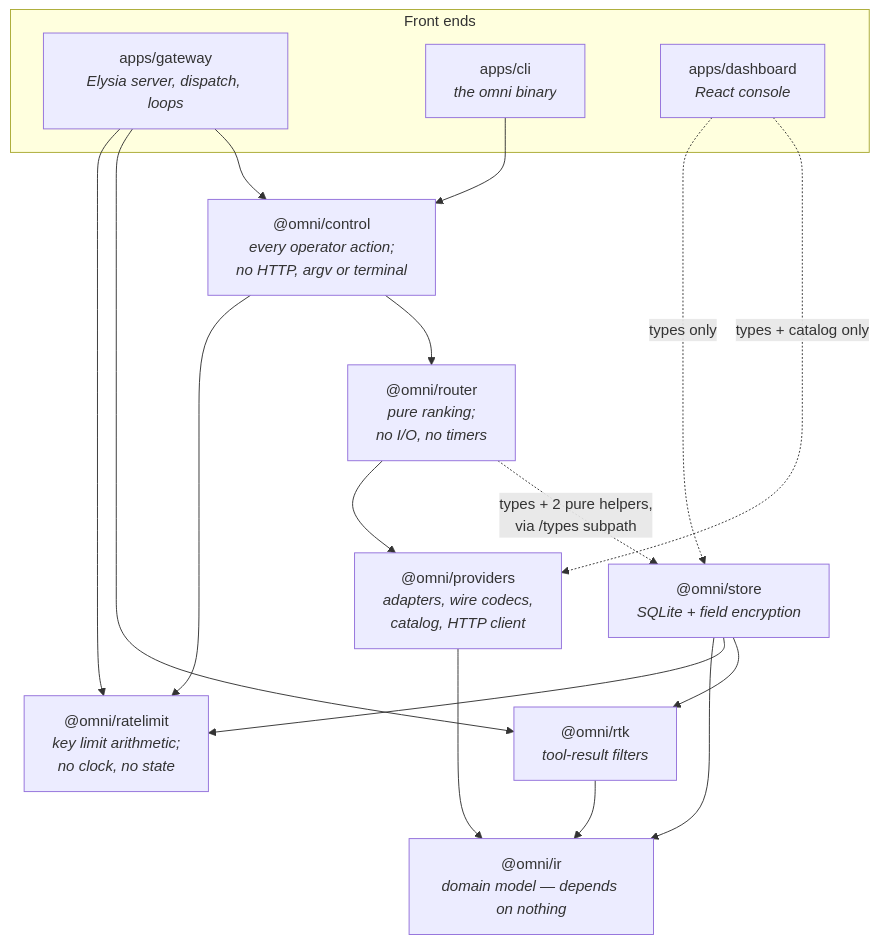
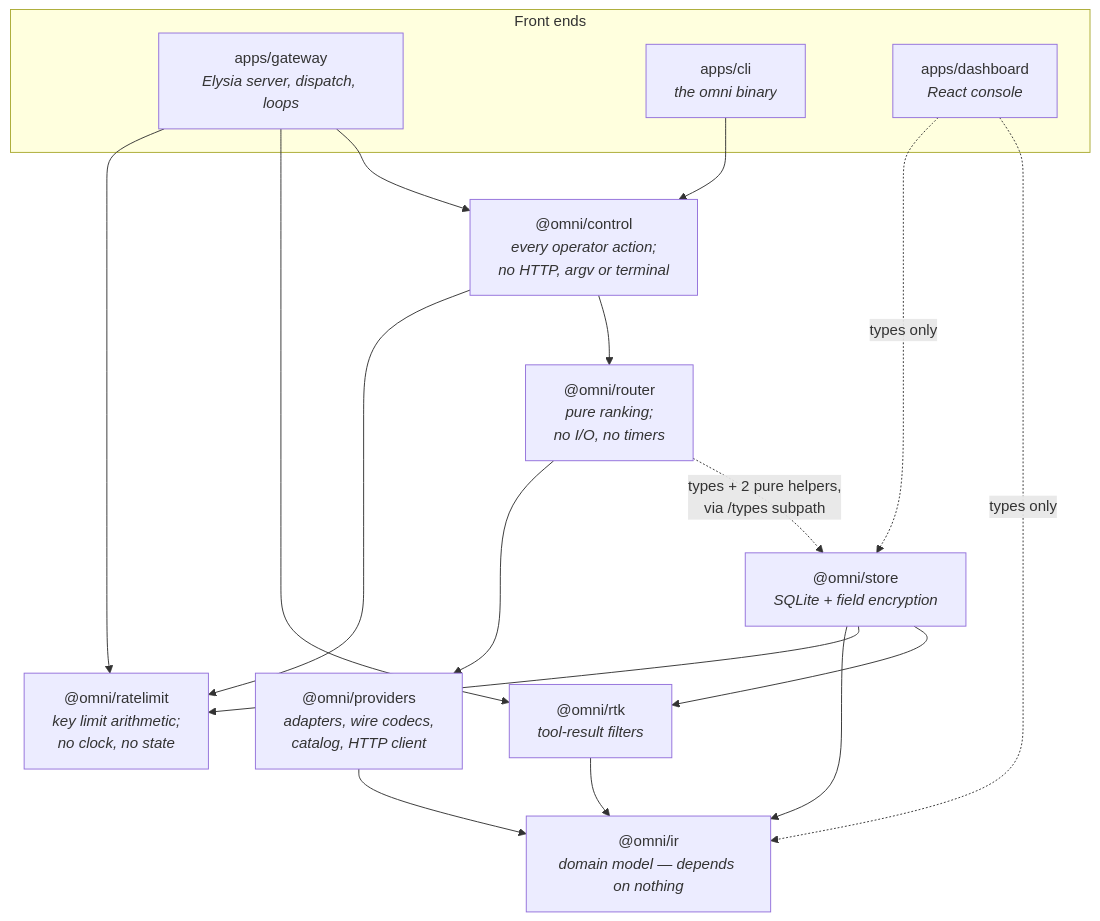
Before and after one commit to harismawan/omnigateway: the diagram in README.md, drawn with Mermaid. The commit also changed other lines of this file and 1 other file, not shown here.

````diff
--- a/README.md
+++ b/README.md
@@ -60,32 +60,32 @@
 ```mermaid
 graph TD
   subgraph frontends[Front ends]
     gateway["apps/gateway<br/><i>Elysia server, dispatch, loops</i>"]
     cli["apps/cli<br/><i>the omni binary</i>"]
     dashboard["apps/dashboard<br/><i>React console</i>"]
   end
 
   control["@omni/control<br/><i>every operator action;<br/>no HTTP, argv or terminal</i>"]
   router["@omni/router<br/><i>pure ranking;<br/>no I/O, no timers</i>"]
   store["@omni/store<br/><i>SQLite + field encryption</i>"]
   providers["@omni/providers<br/><i>adapters, wire codecs,<br/>catalog, HTTP client</i>"]
   rtk["@omni/rtk<br/><i>tool-result filters</i>"]
   ratelimit["@omni/ratelimit<br/><i>key limit arithmetic;<br/>no clock, no state</i>"]
   ir["@omni/ir<br/><i>domain model — depends on nothing</i>"]
 
   gateway --> control
   gateway --> rtk
   gateway --> ratelimit
   cli --> control
-  dashboard -. "types + catalog only" .-> providers
+  dashboard -. "types only" .-> ir
   dashboard -. "types only" .-> store
   control --> router
   control --> ratelimit
   router -. "types + 2 pure helpers,<br/>via /types subpath" .-> store
   router --> providers
   store --> rtk
   store --> ratelimit
   providers --> ir
   rtk --> ir
   store --> ir
 ```
````
